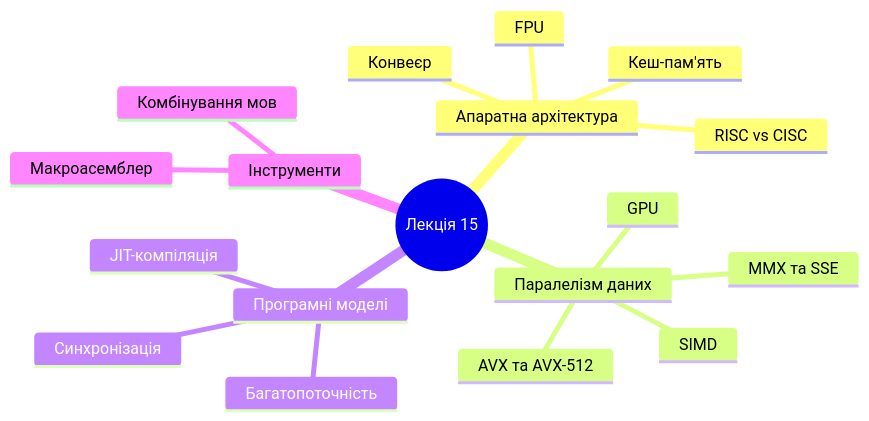
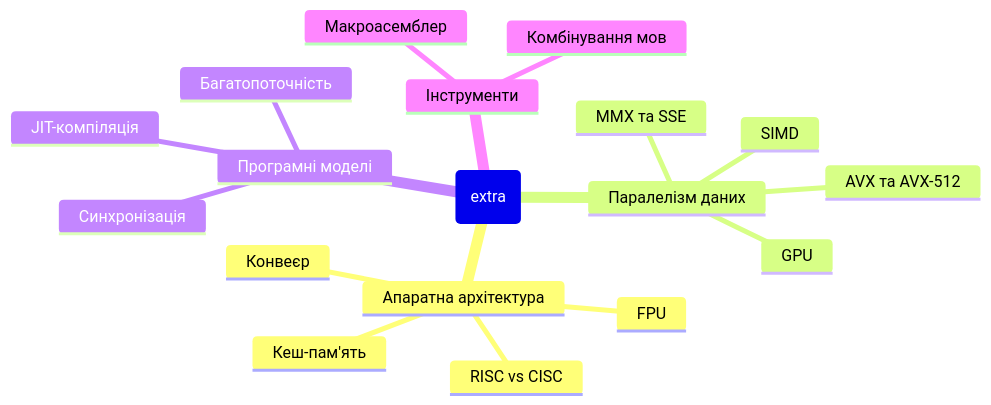
Before and after one commit to djnzx/asm-course: the first of 9 diagrams in lectures/15-other/speech15.md, drawn with Mermaid. The commit also changed other lines of this file and 11 other files, not shown here.

````diff
--- a/lectures/15-other/speech15.md
+++ b/lectures/15-other/speech15.md
@@ -17,21 +11,21 @@
 ```mermaid
 mindmap
-  root((Лекція 15))
+  root(extra)
     Апаратна архітектура
       RISC vs CISC
       Конвеєр
       Кеш-пам'ять
       FPU
     Паралелізм даних
       SIMD
       MMX та SSE
       AVX та AVX-512
       GPU
     Програмні моделі
       Багатопоточність
       Синхронізація
       JIT-компіляція
     Інструменти
       Макроасемблер
       Комбінування мов
 ```
````
